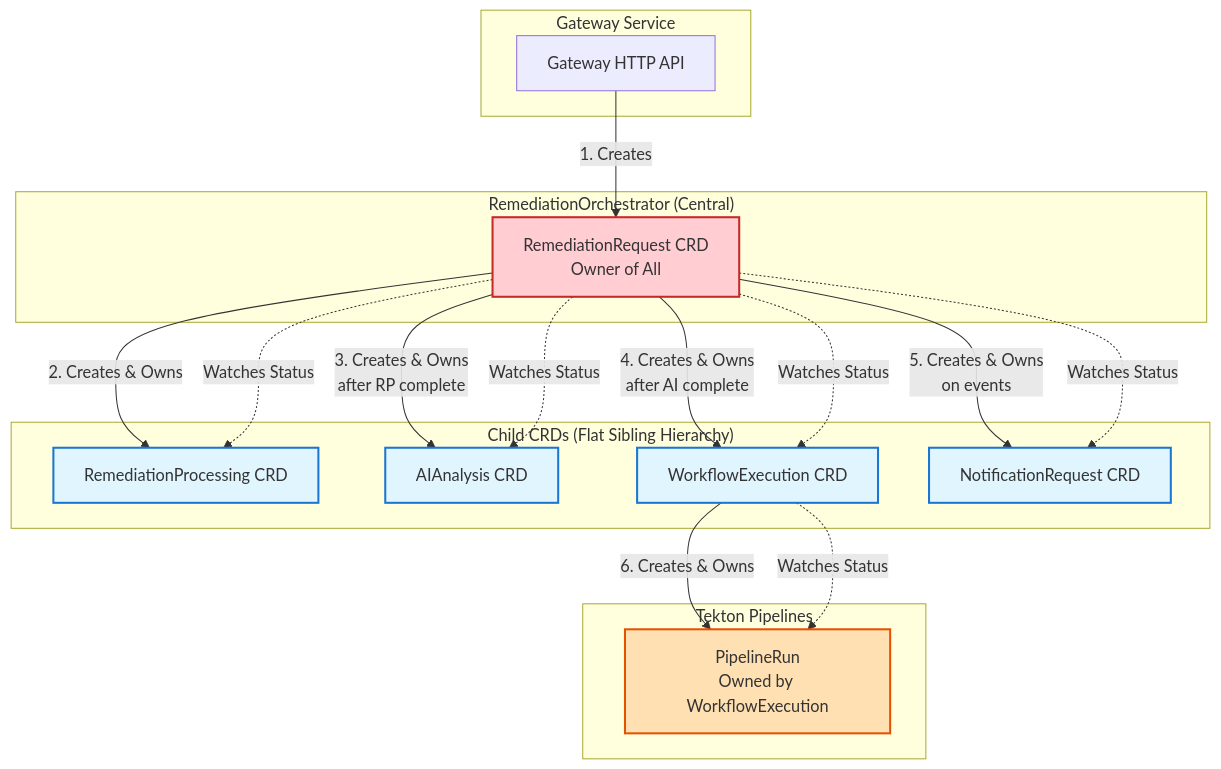
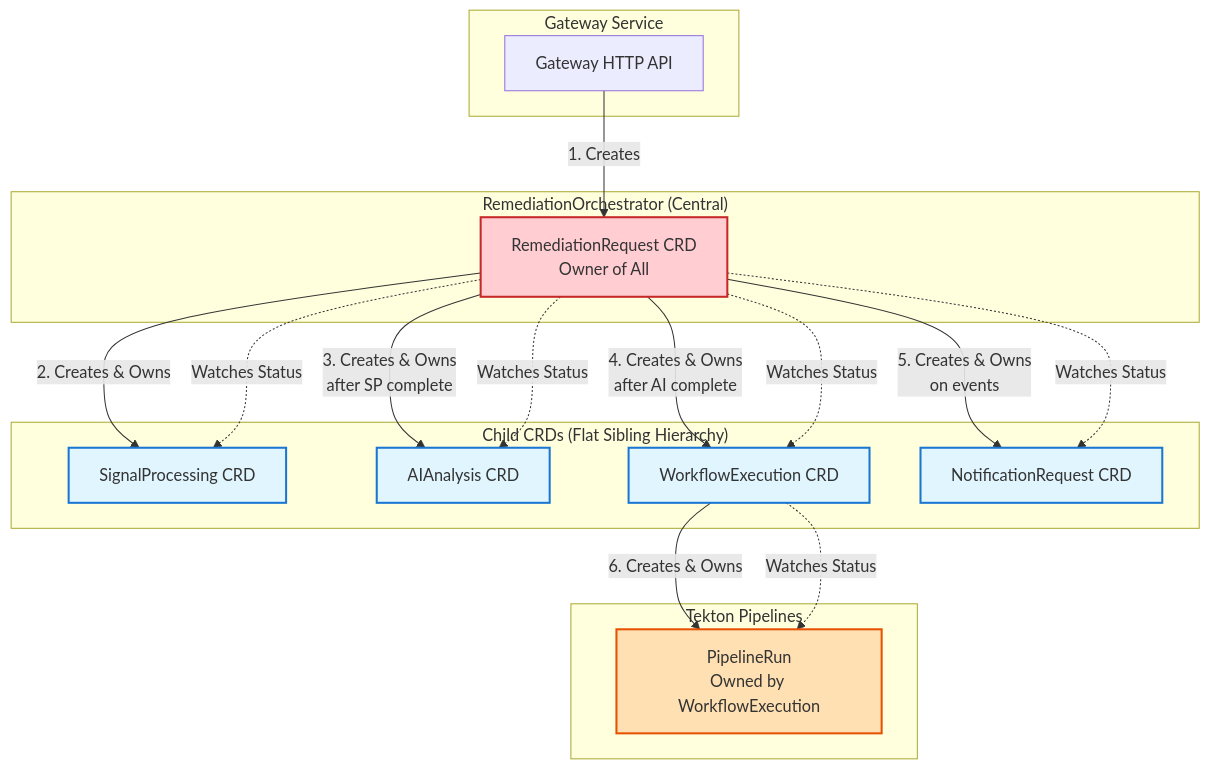
One commit to jordigilh/kubernaut changed the first of 2 diagrams in docs/architecture/KUBERNAUT_CRD_ARCHITECTURE.md. Above: the diagram before and after it, drawn with Mermaid. The commit also changed other lines of this file and 4 other files, not shown here.

First line of the commit message:
docs: Rename RemediationProcessing to SignalProcessing service

````diff
--- a/docs/architecture/KUBERNAUT_CRD_ARCHITECTURE.md
+++ b/docs/architecture/KUBERNAUT_CRD_ARCHITECTURE.md
@@ -684,41 +606,41 @@
 ```mermaid
 graph TB
     subgraph "Gateway Service"
         GW[Gateway HTTP API]
     end
 
     subgraph "RemediationOrchestrator (Central)"
         ORCH[RemediationRequest CRD<br/>Owner of All]
     end
 
     subgraph "Child CRDs (Flat Sibling Hierarchy)"
-        RP[RemediationProcessing CRD]
+        SP[SignalProcessing CRD]
         AI[AIAnalysis CRD]
         WF[WorkflowExecution CRD]
         NOT[NotificationRequest CRD]
     end
 
     subgraph "Tekton Pipelines"
         PR[PipelineRun<br/>Owned by WorkflowExecution]
     end
 
     GW -->|1. Creates| ORCH
-    ORCH -->|2. Creates & Owns| RP
-    ORCH -->|3. Creates & Owns<br/>after RP complete| AI
+    ORCH -->|2. Creates & Owns| SP
+    ORCH -->|3. Creates & Owns<br/>after SP complete| AI
     ORCH -->|4. Creates & Owns<br/>after AI complete| WF
     ORCH -->|5. Creates & Owns<br/>on events| NOT
     WF -->|6. Creates & Owns| PR
 
-    ORCH -.->|Watches Status| RP
+    ORCH -.->|Watches Status| SP
     ORCH -.->|Watches Status| AI
     ORCH -.->|Watches Status| WF
     ORCH -.->|Watches Status| NOT
     WF -.->|Watches Status| PR
 
     style ORCH fill:#ffcdd2,stroke:#c62828,stroke-width:2px
-    style RP fill:#e1f5ff,stroke:#1976d2,stroke-width:2px
+    style SP fill:#e1f5ff,stroke:#1976d2,stroke-width:2px
     style AI fill:#e1f5ff,stroke:#1976d2,stroke-width:2px
     style WF fill:#e1f5ff,stroke:#1976d2,stroke-width:2px
     style NOT fill:#e1f5ff,stroke:#1976d2,stroke-width:2px
     style PR fill:#ffe0b2,stroke:#e65100,stroke-width:2px
 ```
````
